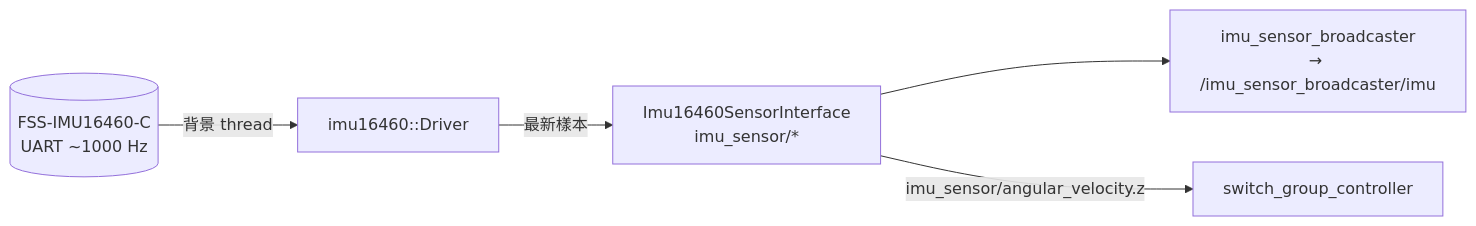
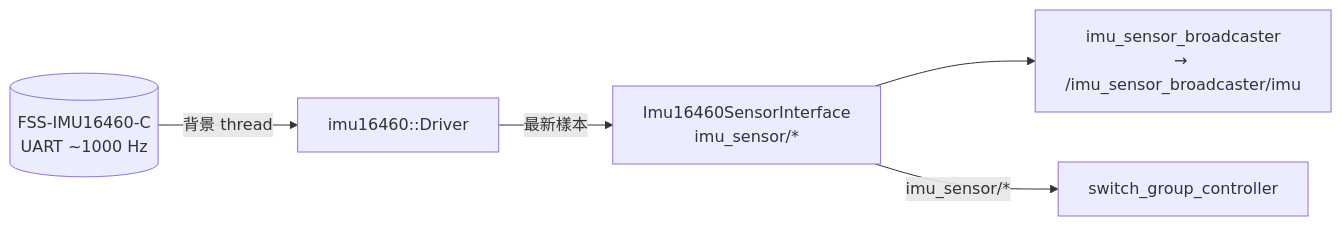
The third of 4 diagrams in docs/ARCHITECTURE.md (s40523122/graphen_controller), drawn with Mermaid before and after one commit. The commit also changed other lines of this file and 29 other files, not shown here.

````diff
--- a/docs/ARCHITECTURE.md
+++ b/docs/ARCHITECTURE.md
@@ -106,7 +109,7 @@
 ```mermaid
 graph LR
   dev[(FSS-IMU16460-C<br/>UART ~1000 Hz)] -->|背景 thread| drv[imu16460::Driver]
   drv -->|最新樣本| imuhw[Imu16460SensorInterface<br/>imu_sensor/*]
   imuhw --> imub["imu_sensor_broadcaster<br/>→ /imu_sensor_broadcaster/imu"]
-  imuhw -->|imu_sensor/angular_velocity.z| sw[switch_group_controller]
+  imuhw -->|"imu_sensor/*"| sw[switch_group_controller]
 ```
````
